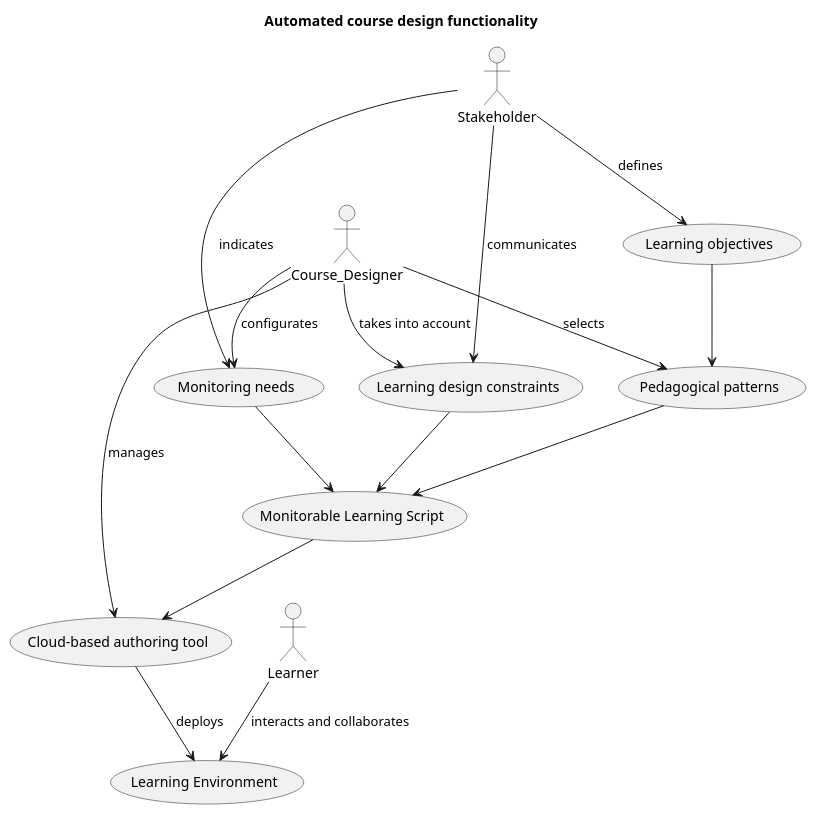
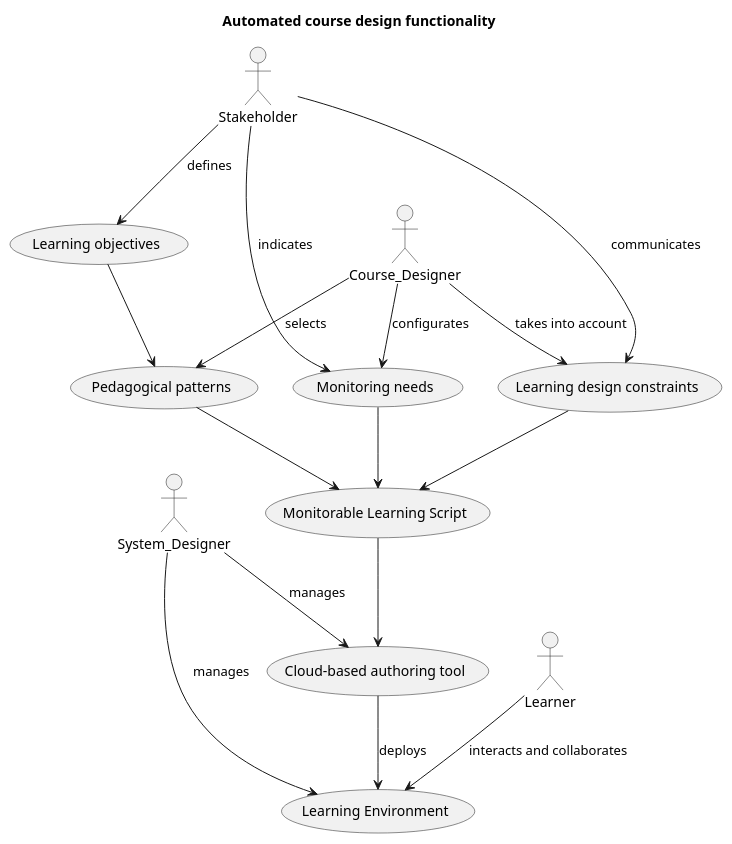
One commit to ech08ravo/2019C changed the second of 2 diagrams in Use-cases.md. Above: the diagram before and after it, drawn with PlantUML. The commit also changed other lines of this file, not shown here.

```diff
--- a/Use-cases.md
+++ b/Use-cases.md
@@ -54,21 +92,22 @@
 @startuml
 
 title Automated course design functionality 
 
     (Learning objectives) --> (Pedagogical patterns)
     (Monitoring needs) --> (Monitorable Learning Script)
     (Pedagogical patterns) --> (Monitorable Learning Script)
     (Learning design constraints) --> (Monitorable Learning Script)
     (Monitorable Learning Script) --> (Cloud-based authoring tool)
     (Cloud-based authoring tool) --> (Learning Environment): deploys
    
 Stakeholder --> (Learning objectives) :defines
 Stakeholder --> (Monitoring needs) :indicates
 Stakeholder --> (Learning design constraints) :communicates
 Course_Designer --> (Pedagogical patterns) :selects
-Course_Designer --> (Cloud-based authoring tool) :manages
+System_Designer --> (Cloud-based authoring tool) :manages
+System_Designer --> (Learning Environment) : manages
 Course_Designer --> (Learning design constraints) :takes into account
 Course_Designer --> (Monitoring needs) : configurates
 Learner --> (Learning Environment) :interacts and collaborates
 
 @enduml
```
